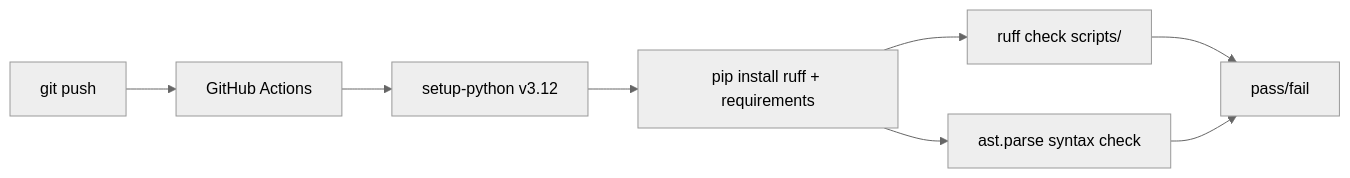
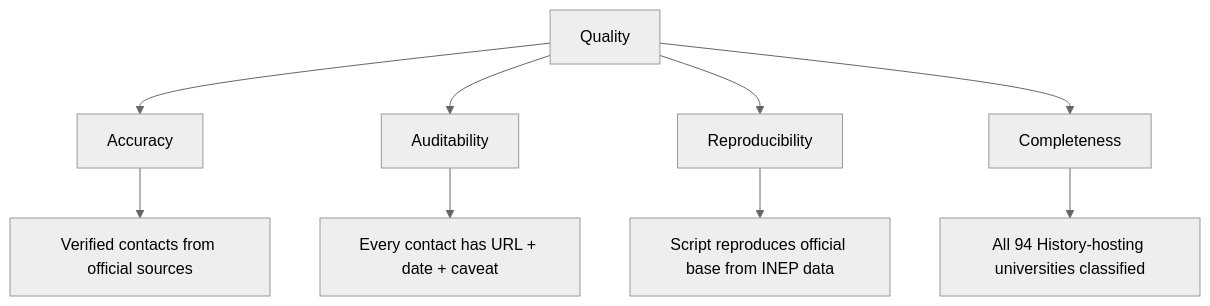
Before and after one commit to pedrofernando0/mapa-contatos-historia: the fifth of 5 diagrams in ARCHITECTURE.md, drawn with Mermaid (neutral theme). The commit also changed other lines of this file, not shown here.

First line of the commit message:
docs: upgrade to full arc42-lite ARCHITECTURE.md

````diff
--- a/ARCHITECTURE.md
+++ b/ARCHITECTURE.md
@@ -223,10 +294,11 @@
 ```mermaid
-flowchart LR
-    A[git push] --> B[GitHub Actions]
-    B --> C[setup-python v3.12]
-    C --> D[pip install ruff + requirements]
-    D --> E[ruff check scripts/]
-    D --> F[ast.parse syntax check]
-    E --> G[pass/fail]
-    F --> G
+graph TD
+  Q[Quality] --> A[Accuracy]
+  Q --> B[Auditability]
+  Q --> C[Reproducibility]
+  Q --> D[Completeness]
+  A --> A1[Verified contacts from official sources]
+  B --> B1[Every contact has URL + date + caveat]
+  C --> C1[Script reproduces official base from INEP data]
+  D --> D1[All 94 History-hosting universities classified]
 ```
````
